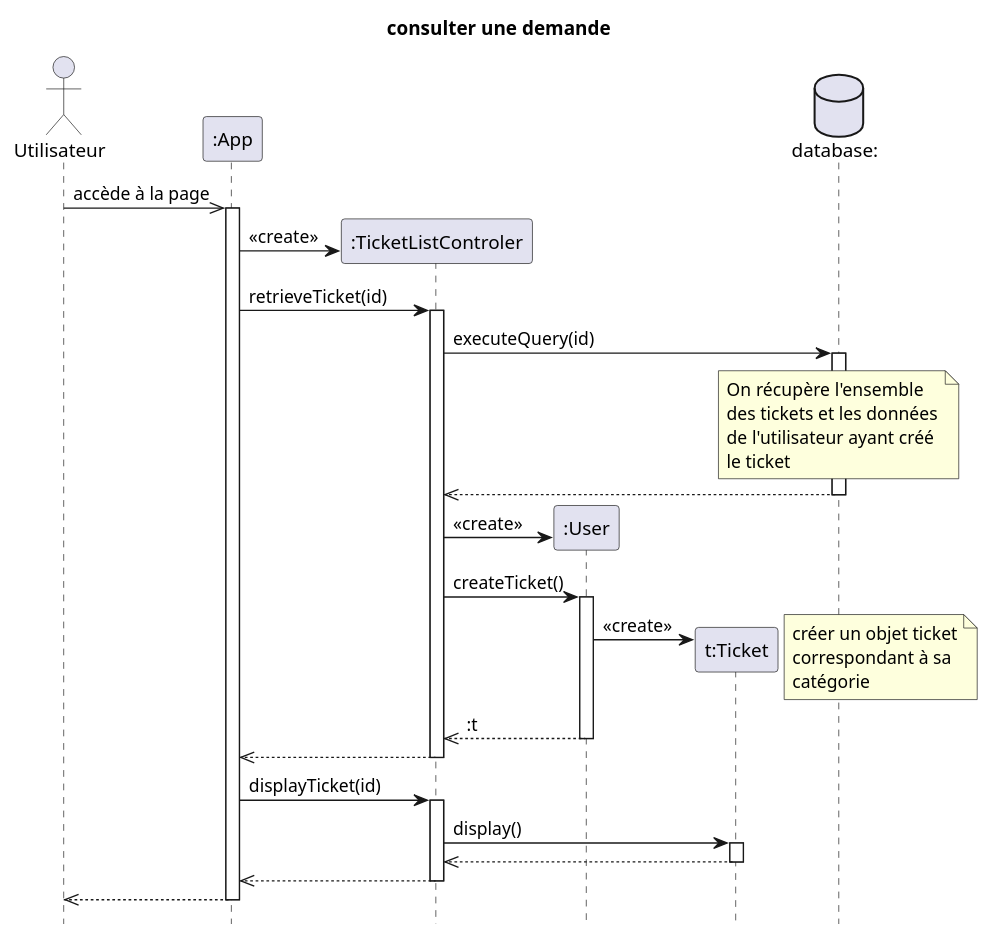
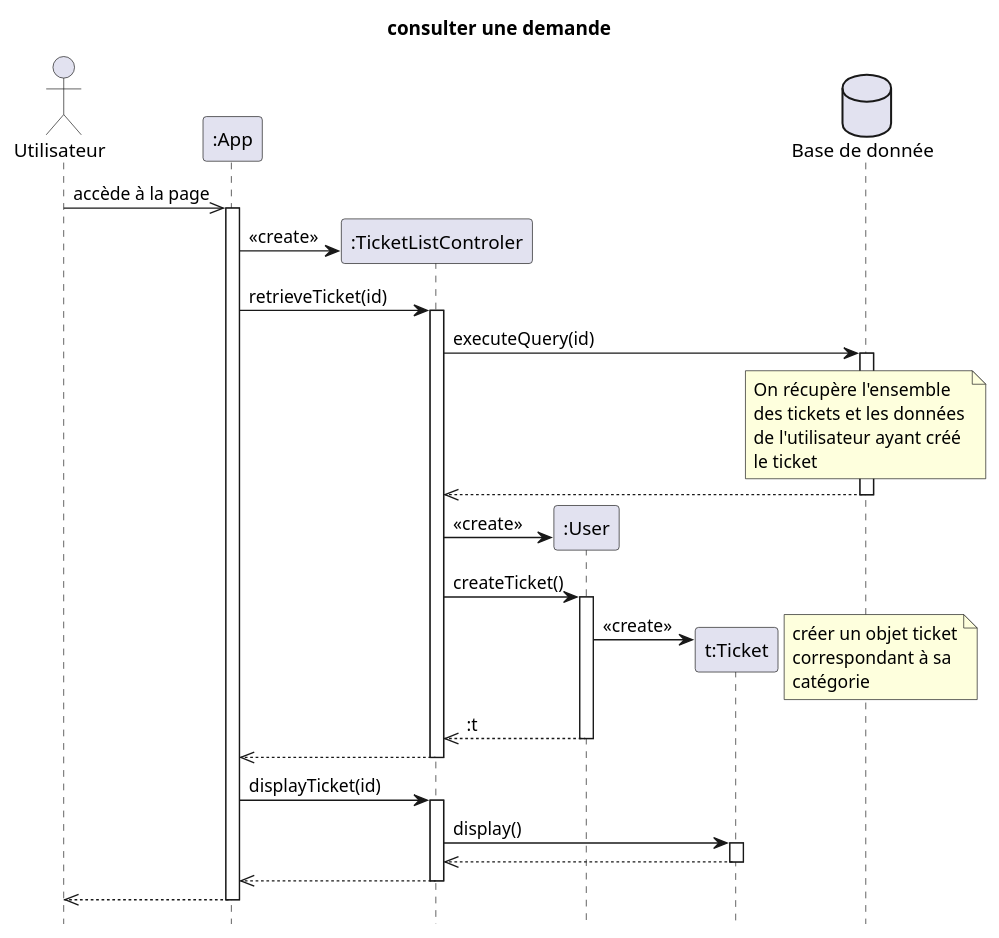
Before and after one commit to dorianleveque/CoHub: the diagram in docs/UML/diagrammes séquence/consulter une demande.puml, drawn with PlantUML. The commit also changed 8 other files, not shown here.

```diff
--- a/docs/UML/diagrammes séquence/consulter une demande.puml
+++ b/docs/UML/diagrammes séquence/consulter une demande.puml
@@ -1,51 +1,51 @@
 @startuml consulter une demande
 title consulter une demande
 hide footbox
 
 actor client as "Utilisateur" order 1 
 participant app as ":App" order 2 
-database bdd as "database:"  order 6
+database bdd as "Base de donnée"  order 6
 
 client ->> app :accède à la page
 activate app
 create tlc as ":TicketListControler" order 3
 app -> tlc : <<create>>
 
 app -> tlc : retrieveTicket(id) 
 activate tlc
 tlc -> bdd : executeQuery(id)
 note over bdd: On récupère l'ensemble\ndes tickets et les données\nde l'utilisateur ayant créé \nle ticket
 activate bdd
 tlc <<-- bdd
 deactivate bdd
 
 create user as ":User" order 4
 tlc -> user : <<create>>
 tlc -> user : createTicket()
 activate user   
 
 create ticket as "t:Ticket" order 5
 user -> ticket : <<create>>
 note right: créer un objet ticket\ncorrespondant à sa \ncatégorie 
 tlc <<-- user: :t
 deactivate user
 
 app <<-- tlc
 deactivate tlc
 
 app -> tlc : displayTicket(id)
 activate tlc
 
 tlc -> ticket : display()
 activate ticket
 
 tlc <<-- ticket: 
 deactivate ticket
 
 app <<-- tlc
 deactivate tlc
 client <<-- app
 deactivate app
 
 
 @enduml
```
